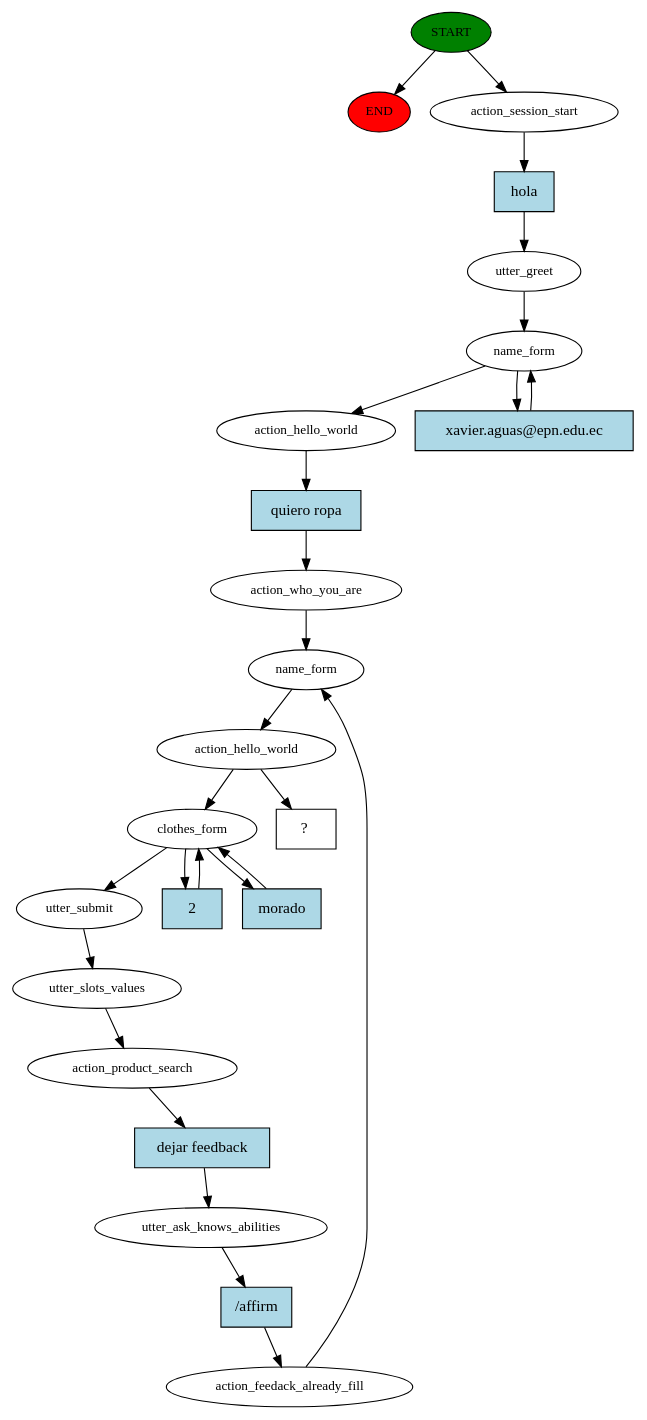
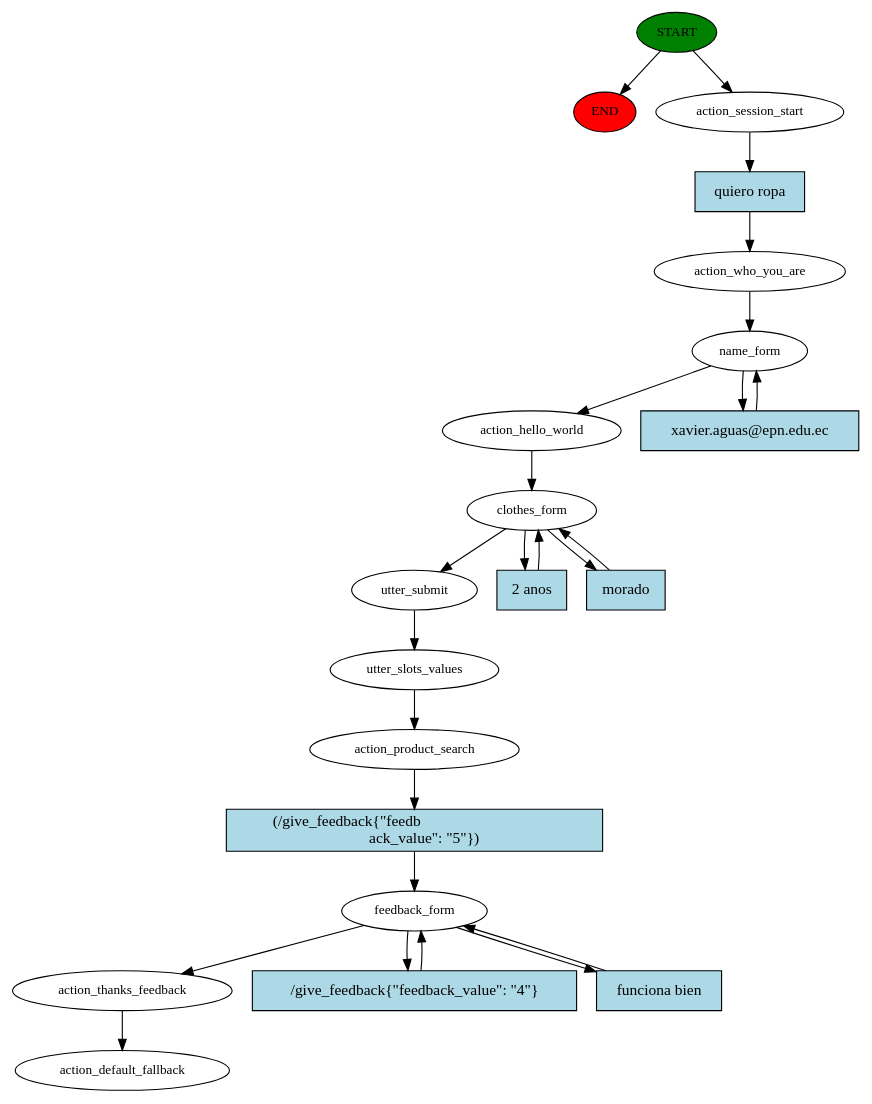
The diagram in story_graph.dot (kabirivan/Ecommerce-Assistant-Jasmine), drawn with Graphviz before and after one commit. The commit also changed 2 other files, not shown here.

Commit message:
check fill feedback

```diff
--- a/story_graph.dot
+++ b/story_graph.dot
@@ -1,51 +1,46 @@
 digraph  {
 0 [class="start active", fillcolor=green, fontsize=12, label=START, style=filled];
 "-1" [class=end, fillcolor=red, fontsize=12, label=END, style=filled];
 1 [class=active, fontsize=12, label=action_session_start];
-2 [class=active, fontsize=12, label=utter_greet];
+2 [class=active, fontsize=12, label=action_who_you_are];
 3 [class=active, fontsize=12, label=name_form];
 6 [class=active, fontsize=12, label=action_hello_world];
-7 [class=active, fontsize=12, label=action_who_you_are];
-8 [class=active, fontsize=12, label=name_form];
-9 [class=active, fontsize=12, label=action_hello_world];
-10 [class=active, fontsize=12, label=clothes_form];
-15 [class=active, fontsize=12, label=utter_submit];
-16 [class=active, fontsize=12, label=utter_slots_values];
-17 [class=active, fontsize=12, label=action_product_search];
-18 [class=active, fontsize=12, label=utter_ask_knows_abilities];
-19 [class=active, fontsize=12, label=action_feedack_already_fill];
-22 [class="intent dashed active", label="  ?  ", shape=rect];
-23 [class="intent active", fillcolor=lightblue, label=hola, shape=rect, style=filled];
-24 [class="intent active", fillcolor=lightblue, label="xavier.aguas@epn.edu.ec", shape=rect, style=filled];
-25 [class="intent active", fillcolor=lightblue, label="quiero ropa", shape=rect, style=filled];
-26 [class="intent active", fillcolor=lightblue, label=2, shape=rect, style=filled];
-27 [class="intent active", fillcolor=lightblue, label=morado, shape=rect, style=filled];
-28 [class="intent active", fillcolor=lightblue, label="dejar feedback", shape=rect, style=filled];
-29 [class="intent active", fillcolor=lightblue, label="/affirm", shape=rect, style=filled];
+7 [class=active, fontsize=12, label=clothes_form];
+12 [class=active, fontsize=12, label=utter_submit];
+13 [class=active, fontsize=12, label=utter_slots_values];
+14 [class=active, fontsize=12, label=action_product_search];
+15 [class=active, fontsize=12, label=feedback_form];
+18 [class=active, fontsize=12, label=action_thanks_feedback];
+19 [class="dashed active", fontsize=12, label=action_default_fallback];
+20 [class="intent active", fillcolor=lightblue, label="quiero ropa", shape=rect, style=filled];
+21 [class="intent active", fillcolor=lightblue, label="xavier.aguas@epn.edu.ec", shape=rect, style=filled];
+22 [class="intent active", fillcolor=lightblue, label="2 anos", shape=rect, style=filled];
+23 [class="intent active", fillcolor=lightblue, label=morado, shape=rect, style=filled];
+24 [class="intent active", fillcolor=lightblue, label="(/give_feedback{\"feedb                                   \n      ack_value\": \"5\"})", shape=rect, style=filled];
+25 [class="intent active", fillcolor=lightblue, label="/give_feedback{\"feedback_value\": \"4\"}", shape=rect, style=filled];
+26 [class="intent active", fillcolor=lightblue, label="funciona bien", shape=rect, style=filled];
 0 -> "-1"  [class="", key=NONE, label=""];
 0 -> 1  [class=active, key=NONE, label=""];
-1 -> 23  [class=active, key=0];
+1 -> 20  [class=active, key=0];
 2 -> 3  [class=active, key=NONE, label=""];
 3 -> 6  [class=active, key=NONE, label=""];
-3 -> 24  [class=active, key=0];
-6 -> 25  [class=active, key=0];
-7 -> 8  [class=active, key=NONE, label=""];
-8 -> 9  [class=active, key=NONE, label=""];
-9 -> 10  [class=active, key=NONE, label=""];
-9 -> 22  [class=active, key=NONE, label=""];
-10 -> 15  [class=active, key=NONE, label=""];
-10 -> 26  [class=active, key=0];
-10 -> 27  [class=active, key=0];
-15 -> 16  [class=active, key=NONE, label=""];
-16 -> 17  [class=active, key=NONE, label=""];
-17 -> 28  [class=active, key=0];
-18 -> 29  [class=active, key=0];
-19 -> 8  [class=active, key=NONE, label=""];
-23 -> 2  [class=active, key=0];
-24 -> 3  [class=active, key=0];
-25 -> 7  [class=active, key=0];
-26 -> 10  [class=active, key=0];
-27 -> 10  [class=active, key=0];
-28 -> 18  [class=active, key=0];
-29 -> 19  [class=active, key=0];
+3 -> 21  [class=active, key=0];
+6 -> 7  [class=active, key=NONE, label=""];
+7 -> 12  [class=active, key=NONE, label=""];
+7 -> 22  [class=active, key=0];
+7 -> 23  [class=active, key=0];
+12 -> 13  [class=active, key=NONE, label=""];
+13 -> 14  [class=active, key=NONE, label=""];
+14 -> 24  [class=active, key=0];
+15 -> 18  [class=active, key=NONE, label=""];
+15 -> 25  [class=active, key=0];
+15 -> 26  [class=active, key=0];
+18 -> 19  [class=active, key=NONE, label=""];
+20 -> 2  [class=active, key=0];
+21 -> 3  [class=active, key=0];
+22 -> 7  [class=active, key=0];
+23 -> 7  [class=active, key=0];
+24 -> 15  [class=active, key=0];
+25 -> 15  [class=active, key=0];
+26 -> 15  [class=active, key=0];
 }
```
